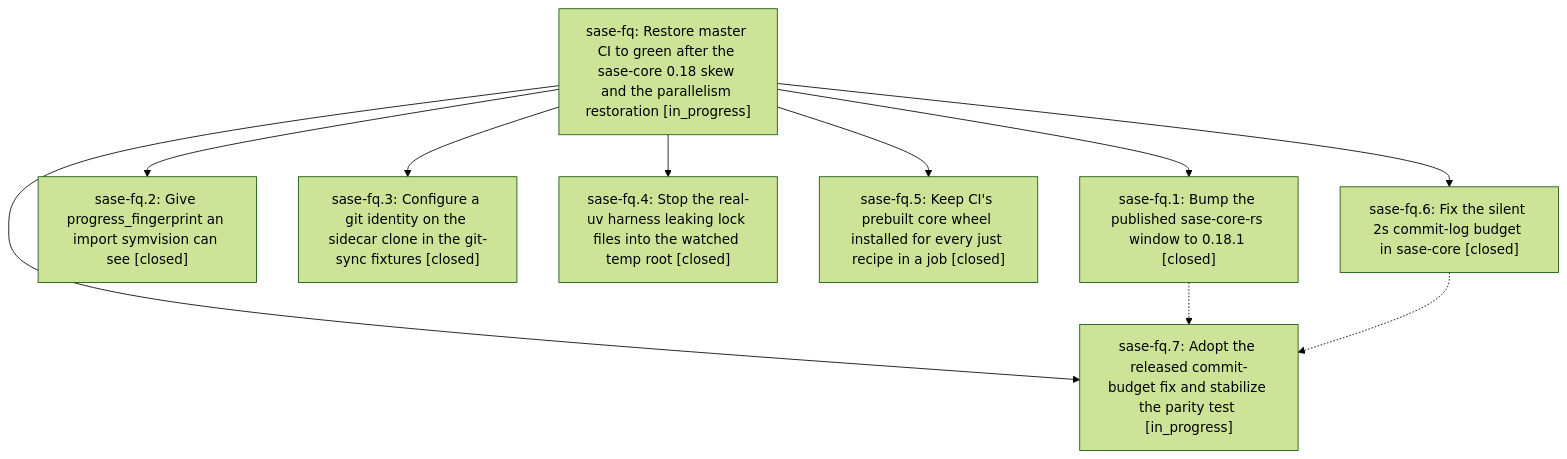
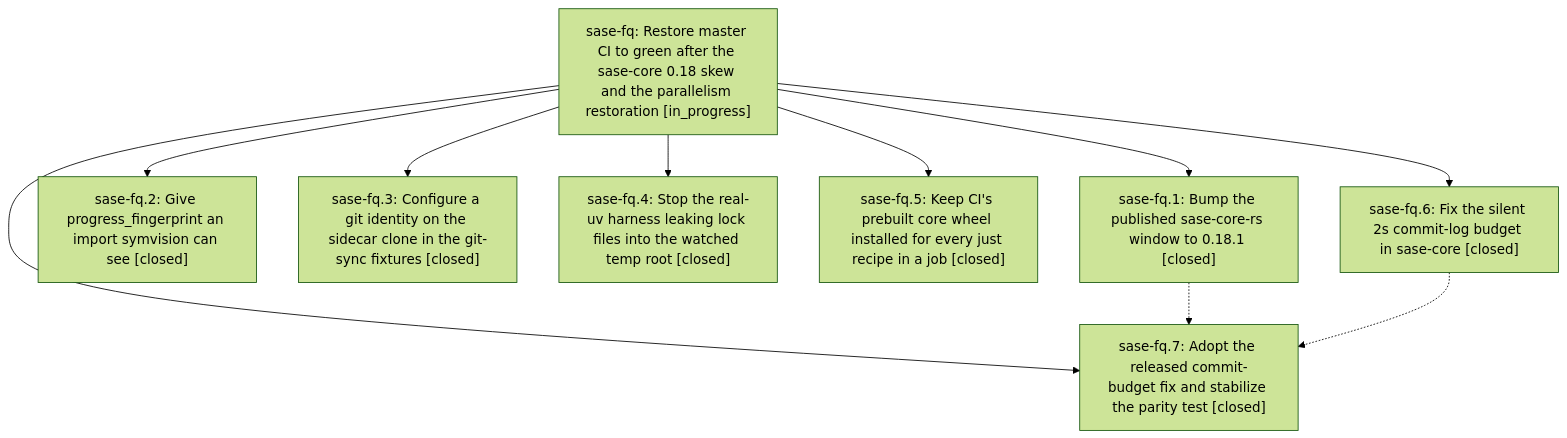
Before and after one commit to sase-org/sase--beads: the diagram in pages/sase-fq/README.md, drawn with Mermaid (forest theme). The commit also changed other lines of this file and 7 other files, not shown here.

````diff
--- a/pages/sase-fq/README.md
+++ b/pages/sase-fq/README.md
@@ -28,20 +28,20 @@
 ```mermaid
 flowchart TD
     n0["sase-fq: Restore master CI to green after the sase-core 0.18 skew and the parallelism restoration [in_progress]"]
     n1["sase-fq.1: Bump the published sase-core-rs window to 0.18.1 [closed]"]
     n2["sase-fq.2: Give progress_fingerprint an import symvision can see [closed]"]
     n3["sase-fq.3: Configure a git identity on the sidecar clone in the git-sync fixtures [closed]"]
     n4["sase-fq.4: Stop the real-uv harness leaking lock files into the watched temp root [closed]"]
     n5["sase-fq.5: Keep CI's prebuilt core wheel installed for every just recipe in a job [closed]"]
     n6["sase-fq.6: Fix the silent 2s commit-log budget in sase-core [closed]"]
-    n7["sase-fq.7: Adopt the released commit-budget fix and stabilize the parity test [in_progress]"]
+    n7["sase-fq.7: Adopt the released commit-budget fix and stabilize the parity test [closed]"]
     n0 --> n1
     n0 --> n2
     n0 --> n3
     n0 --> n4
     n0 --> n5
     n0 --> n6
     n0 --> n7
     n1 -.-> n7
     n6 -.-> n7
 ```
````
